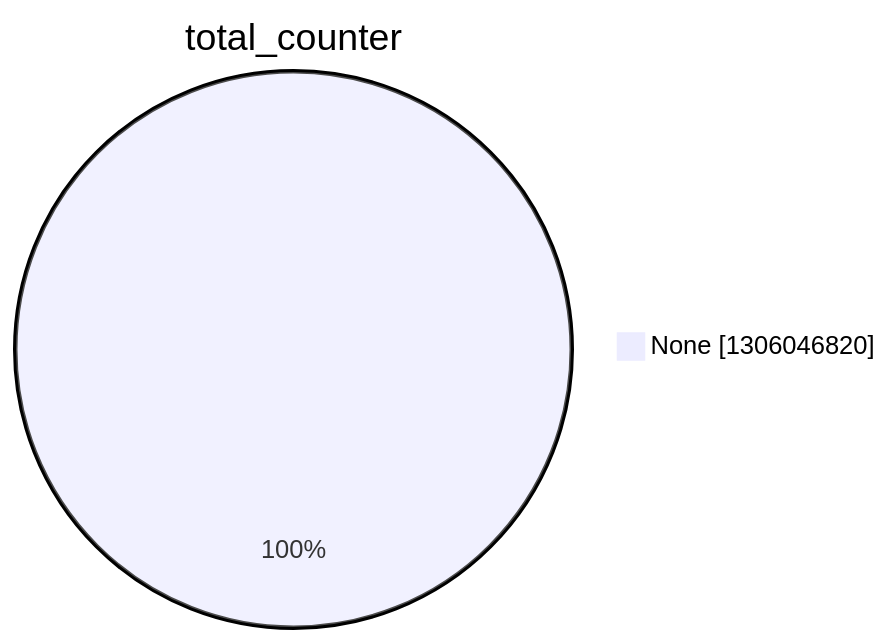
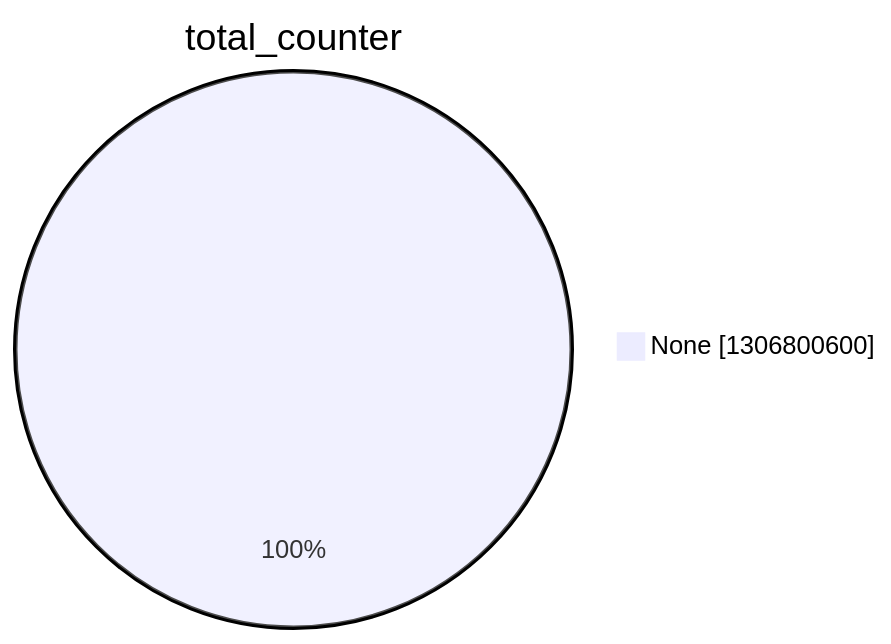
One commit to christiankrug/ctmonitor_visualization changed the second of 15 diagrams in argon2022/README.md. Above: the diagram before and after it, drawn with Mermaid. The commit also changed other lines of this file, not shown here.

````diff
--- a/argon2022/README.md
+++ b/argon2022/README.md
@@ -9,5 +9,5 @@
 ```mermaid
 pie showData
 title total_counter
-"None" :1306046820
+"None" :1306800600
 ```
````
